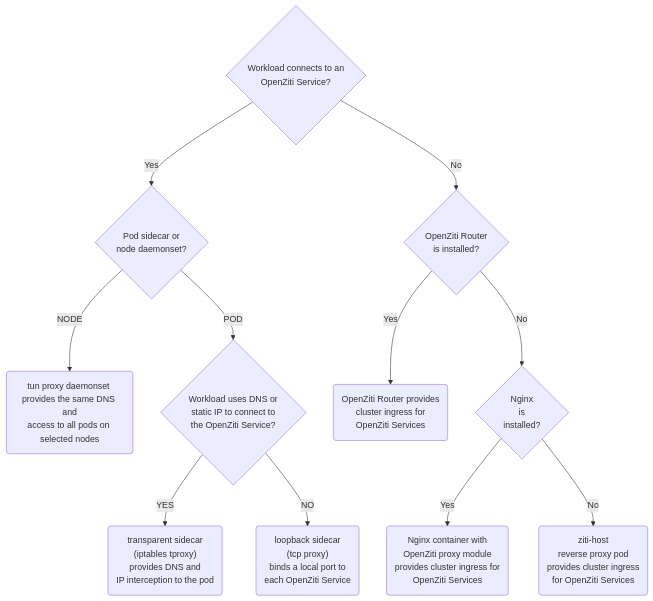
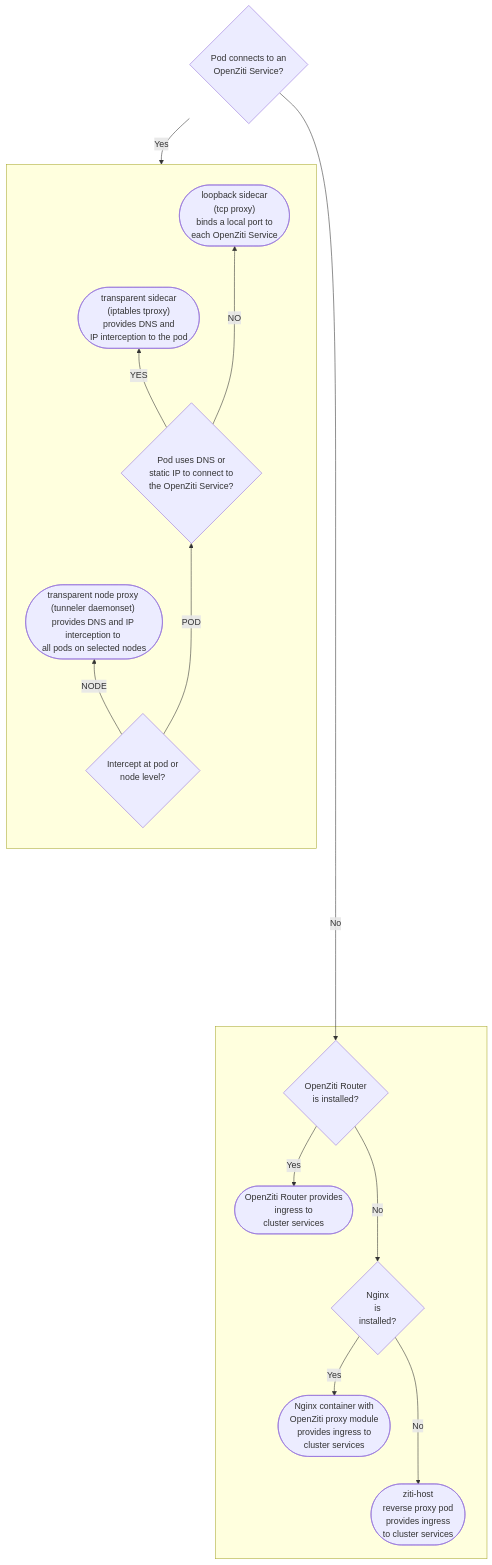
One commit to openziti/ziti-doc changed the diagram in docusaurus/docs/guides/kubernetes/workload-tunneling/index.md. Above: the diagram before and after it, drawn with Mermaid. The commit also changed other lines of this file, not shown here.

Commit message:
respond to Clint's feedback

````diff
--- a/docusaurus/docs/guides/kubernetes/workload-tunneling/index.md
+++ b/docusaurus/docs/guides/kubernetes/workload-tunneling/index.md
@@ -7,19 +7,25 @@
 ```mermaid
-graph TD; 
-  A{Workload connects to an </br>OpenZiti Service?};
-  A -- Yes --> B{Pod sidecar or </br>node daemonset?}; 
-  A -- No --> K{OpenZiti Router </br>is installed?};
-  K -- Yes --> J(OpenZiti Router provides </br>cluster ingress for </br>OpenZiti Services);
-  K -- No --> C{Nginx </br>is </br>installed?};
-  C -- Yes --> D(Nginx container with </br>OpenZiti proxy module </br>provides cluster ingress for </br>OpenZiti Services);
-  C -- No --> E(ziti-host </br>reverse proxy pod</br>provides cluster ingress </br>for OpenZiti Services); 
-  B -- NODE --> F(tun proxy daemonset </br>provides the same DNS and</br>access to all pods on selected nodes);
-  B -- POD --> G{Workload uses DNS or </br>static IP to connect to </br>the OpenZiti Service?};
-  G -- YES --> H(transparent sidecar </br>&#40iptables tproxy&#41</br> provides DNS and </br>IP interception to the pod);
-  G -- NO --> I(loopback sidecar </br>&#40tcp proxy&#41</br>binds a local port to </br>each OpenZiti Service);
-  click D "../../securing-apis/aks-api-with-nginx-ziti-module" "OpenZiti Nginx Module";
-  click E "./kubernetes-host/" "ziti-host";
-  click F "./kubernetes-daemonset/" "node proxy";
-  click H "./kubernetes-sidecar/" "transparent sidecar";
-  click I "#loopback-proxy-sidecar" "loopback sidecar";
+graph TB; 
+  A{Pod connects to an </br>OpenZiti Service?}
+  A -- Yes --> B{Intercept at pod or </br>node level?}
+  subgraph egressGraph ["&nbsp;"]
+    direction BT
+    B -- NODE --> F(["transparent node proxy </br>(tunneler daemonset) </br>provides DNS and IP interception to </br>all pods on selected nodes"])
+    B -- POD ---> G{Pod uses DNS or </br>static IP to connect to </br>the OpenZiti Service?}
+    G -- YES --> H(["transparent sidecar </br>(iptables tproxy)</br> provides DNS and </br>IP interception to the pod"])
+    G -- NO ---> I(["loopback sidecar </br>(tcp proxy)</br>binds a local port to </br>each OpenZiti Service"])
+  end
+  class egressGraph subgraphClass
+  A -- No --------> K{OpenZiti Router </br>is installed?}
+  subgraph ingressGraph ["&nbsp;"]
+    K -- Yes --> J([OpenZiti Router provides </br>ingress to</br>cluster services])
+    K -- No ---> C{Nginx </br>is </br>installed?}
+    C -- Yes --> D([Nginx container with </br>OpenZiti proxy module </br>provides ingress to</br>cluster services])
+    C -- No ---> E([ziti-host </br>reverse proxy pod</br>provides ingress </br>to cluster services])
+  end
+  click D "../../securing-apis/aks-api-with-nginx-ziti-module/" "OpenZiti Nginx Module"
+  click E "./kubernetes-host/" "ziti-host"
+  click F "./kubernetes-daemonset/" "node proxy"
+  click H "./kubernetes-sidecar/" "transparent sidecar"
+  click I "#loopback-proxy-sidecar" "loopback sidecar"
 ```
````
